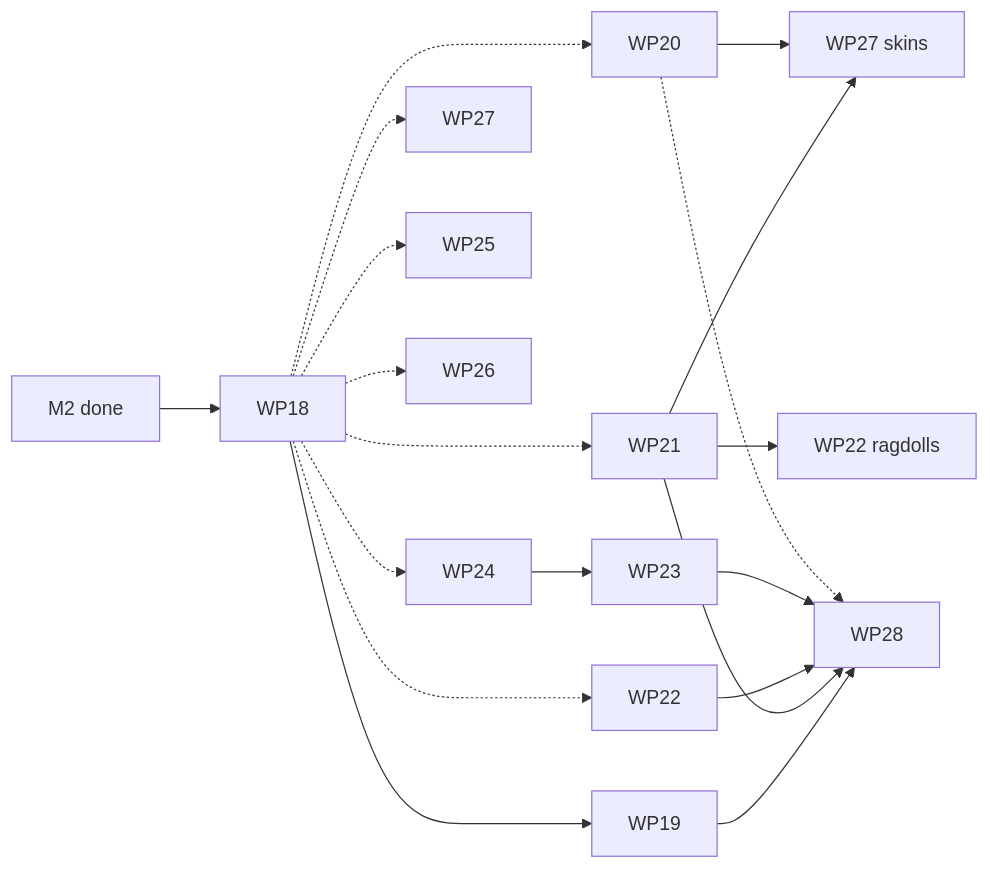
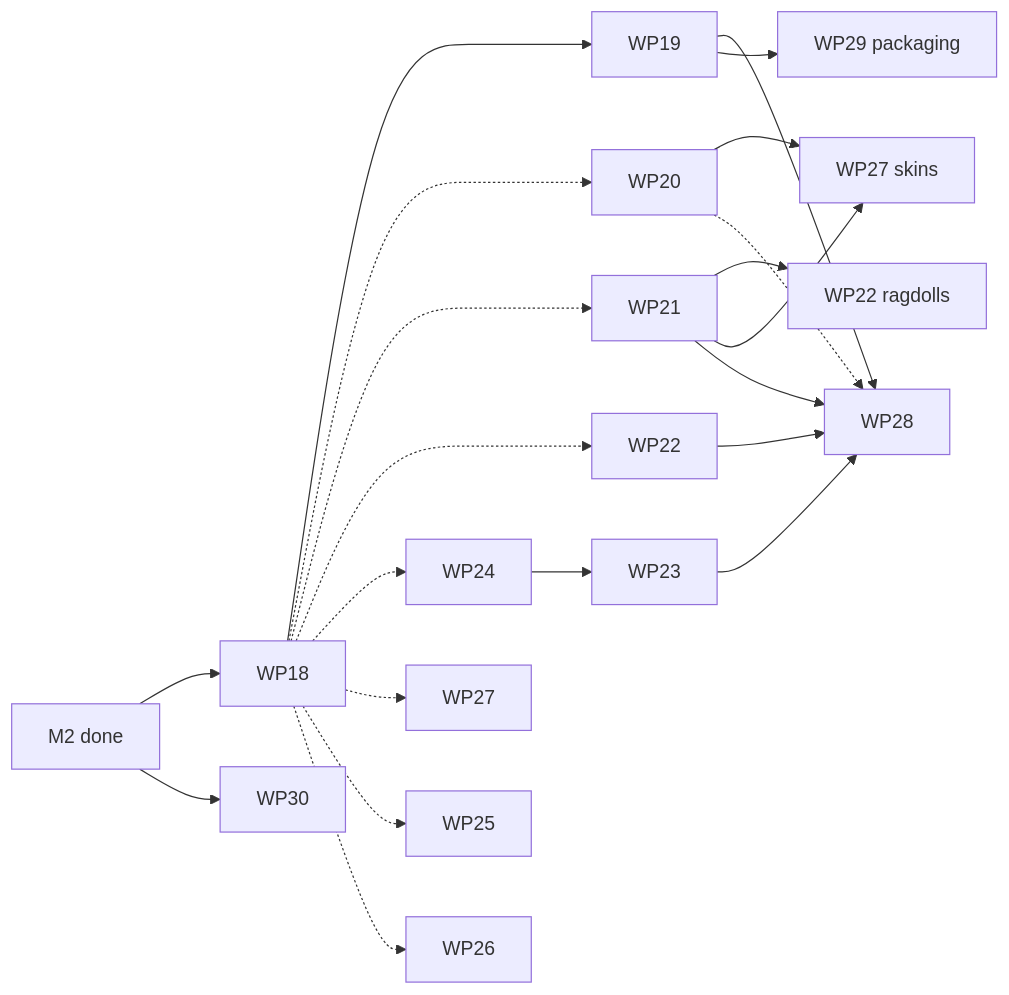
One commit to dullyontop/real-engine changed the diagram in docs/M3_PLAN.md. Above: the diagram before and after it, drawn with Mermaid. The commit also changed other lines of this file and 14 other files, not shown here.

````diff
--- a/docs/M3_PLAN.md
+++ b/docs/M3_PLAN.md
@@ -426,21 +454,23 @@
 ```mermaid
 graph LR
   M2[M2 done] --> WP18
   WP18 --> WP19
   WP18 -.-> WP20
   WP18 -.-> WP21
   WP18 -.-> WP22
   WP18 -.-> WP24
   WP18 -.-> WP27
   WP18 -.-> WP25
   WP18 -.-> WP26
   WP21 --> WP22r[WP22 ragdolls]
   WP21 --> WP27s[WP27 skins]
   WP20 --> WP27s
   WP24 --> WP23
   WP19 --> WP28
   WP21 --> WP28
   WP22 --> WP28
   WP23 --> WP28
   WP20 -.-> WP28
+  WP19 --> WP29p[WP29 packaging]
+  M2 --> WP30
 ```
````
